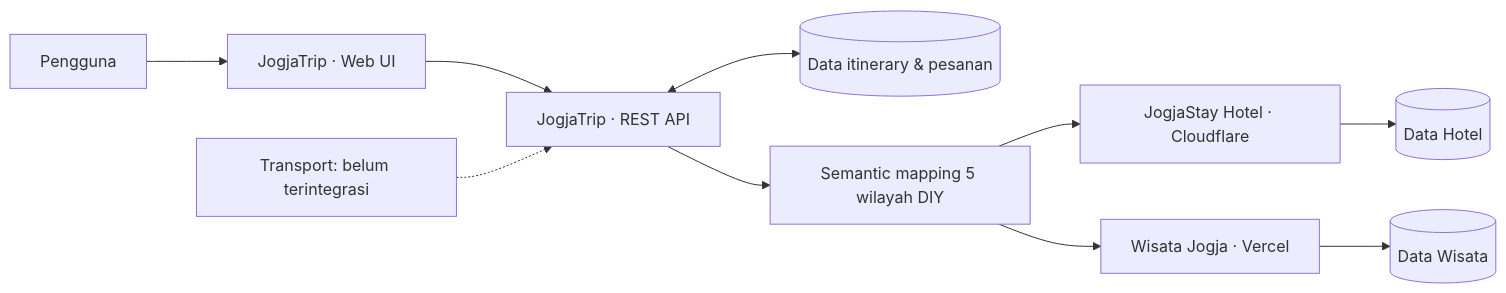
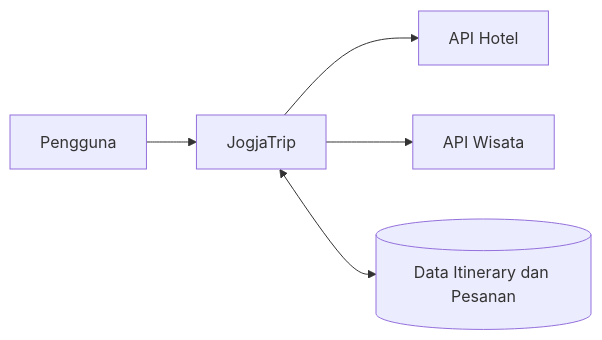
The diagram in README.md (Sapexxx/jogjatrip-itinerary), drawn with Mermaid before and after one commit. The commit also changed other lines of this file and 3 other files, not shown here.

````diff
--- a/README.md
+++ b/README.md
@@ -38,12 +23,7 @@
 ```mermaid
 flowchart LR
-    U["Pengguna"] --> UI["JogjaTrip · Web UI"]
-    UI --> API["JogjaTrip · REST API"]
-    API <--> DB[("Data itinerary & pesanan")]
-    API --> SEM["Semantic mapping 5 wilayah DIY"]
-    SEM --> H["JogjaStay Hotel · Cloudflare"]
-    SEM --> W["Wisata Jogja · Vercel"]
-    H --> HD[("Data Hotel")]
-    W --> WD[("Data Wisata")]
-    T["Transport: belum terintegrasi"] -.-> API
+    A["Pengguna"] --> B["JogjaTrip"]
+    B --> C["API Hotel"]
+    B --> D["API Wisata"]
+    B <--> E[("Data Itinerary dan Pesanan")]
 ```
````
